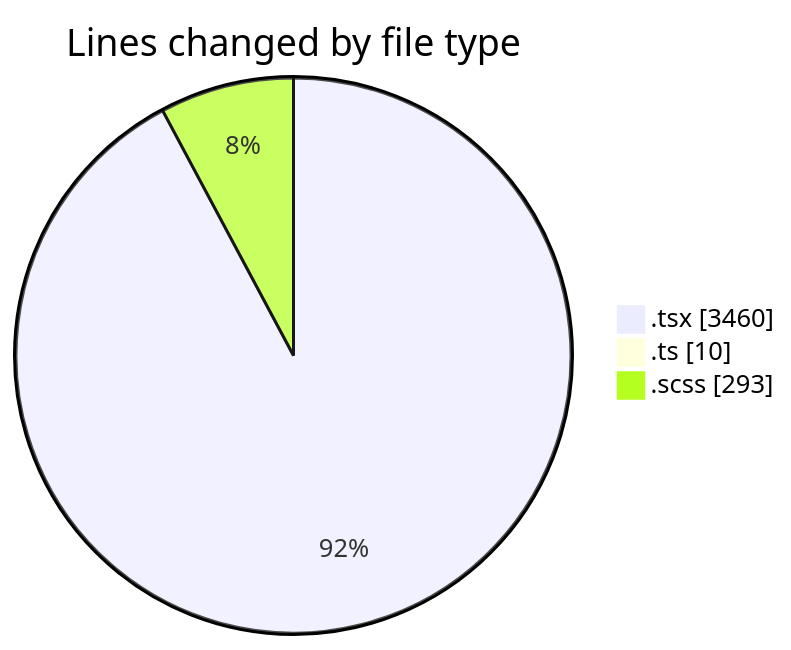
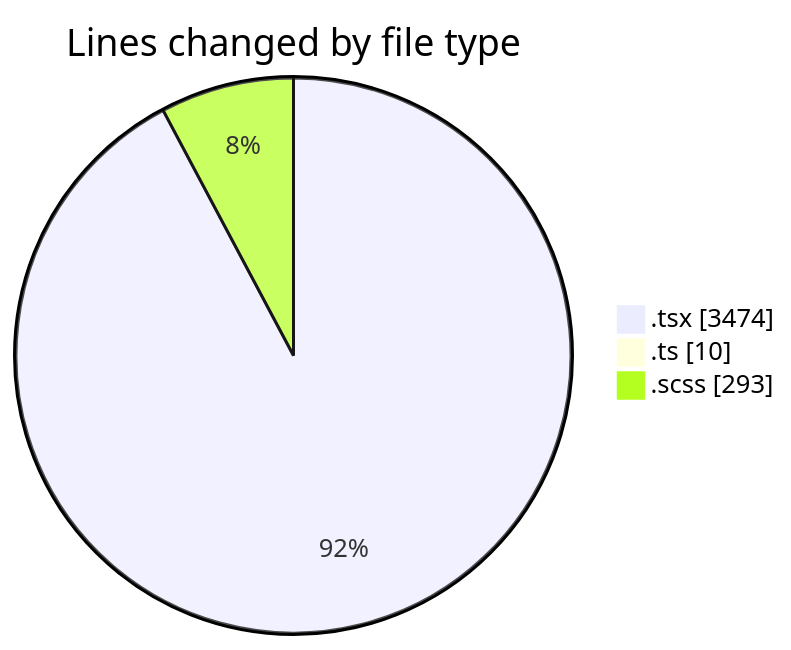
One commit to momahboobian/code-tracking changed the first of 2 diagrams in 2025-11-17/cda/README.md. Above: the diagram before and after it, drawn with Mermaid. The commit also changed other lines of this file and 1 other file, not shown here.

````diff
--- a/2025-11-17/cda/README.md
+++ b/2025-11-17/cda/README.md
@@ -27,7 +27,7 @@
 ```mermaid
 pie showData
 title Lines changed by file type
-".tsx" : 3460
+".tsx" : 3474
 ".ts" : 10
 ".scss" : 293
 ```
````
